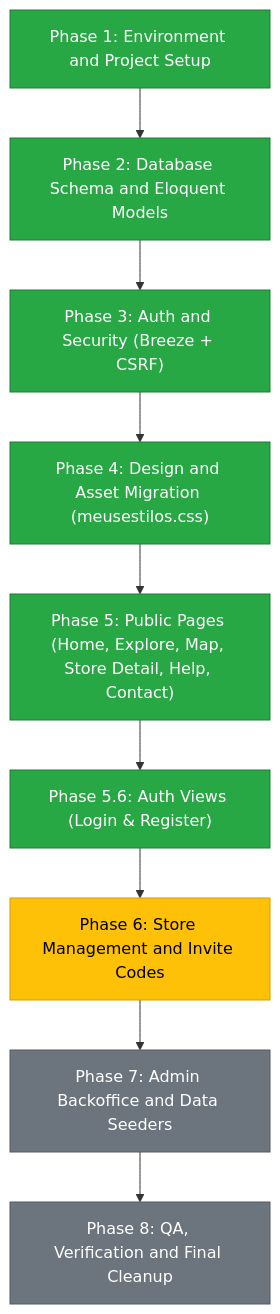
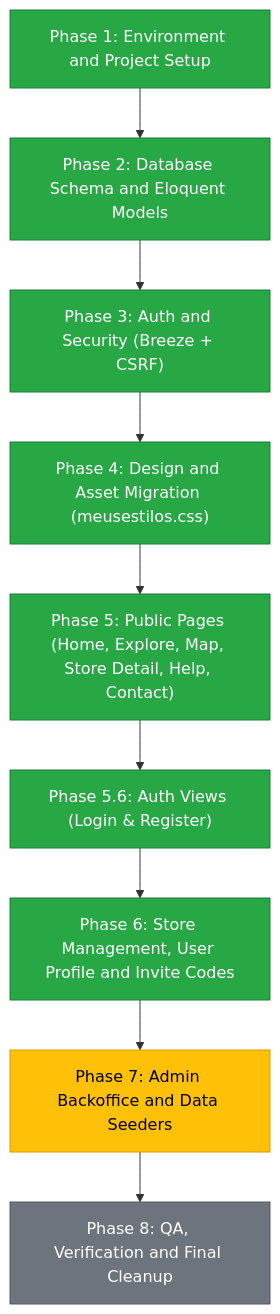
The diagram in MIGRATION.md (tiagopina17/C.A.M.), drawn with Mermaid before and after one commit. The commit also changed other lines of this file and 9 other files, not shown here.

Commit message:
feat: implement single store management, invite code generator, and join store flow

````diff
--- a/MIGRATION.md
+++ b/MIGRATION.md
@@ -34,15 +34,15 @@
 ```mermaid
 flowchart TD
     D1["Phase 1: Environment and Project Setup"]:::done --> D2["Phase 2: Database Schema and Eloquent Models"]:::done
     D2 --> D3["Phase 3: Auth and Security (Breeze + CSRF)"]:::done
     D3 --> D4["Phase 4: Design and Asset Migration (meusestilos.css)"]:::done
     D4 --> D5["Phase 5: Public Pages (Home, Explore, Map, Store Detail, Help, Contact)"]:::done
     D5 --> D56["Phase 5.6: Auth Views (Login & Register)"]:::done
-    D56 --> D6["Phase 6: Store Management and Invite Codes"]:::active
-    D6 --> D7["Phase 7: Admin Backoffice and Data Seeders"]:::pending
+    D56 --> D6["Phase 6: Store Management, User Profile and Invite Codes"]:::done
+    D6 --> D7["Phase 7: Admin Backoffice and Data Seeders"]:::active
     D7 --> D8["Phase 8: QA, Verification and Final Cleanup"]:::pending
 
     classDef done fill:#28a745,stroke:#1e7e34,color:white;
     classDef active fill:#ffc107,stroke:#d39e00,color:black;
     classDef pending fill:#6c757d,stroke:#545b62,color:white;
 ```
````
